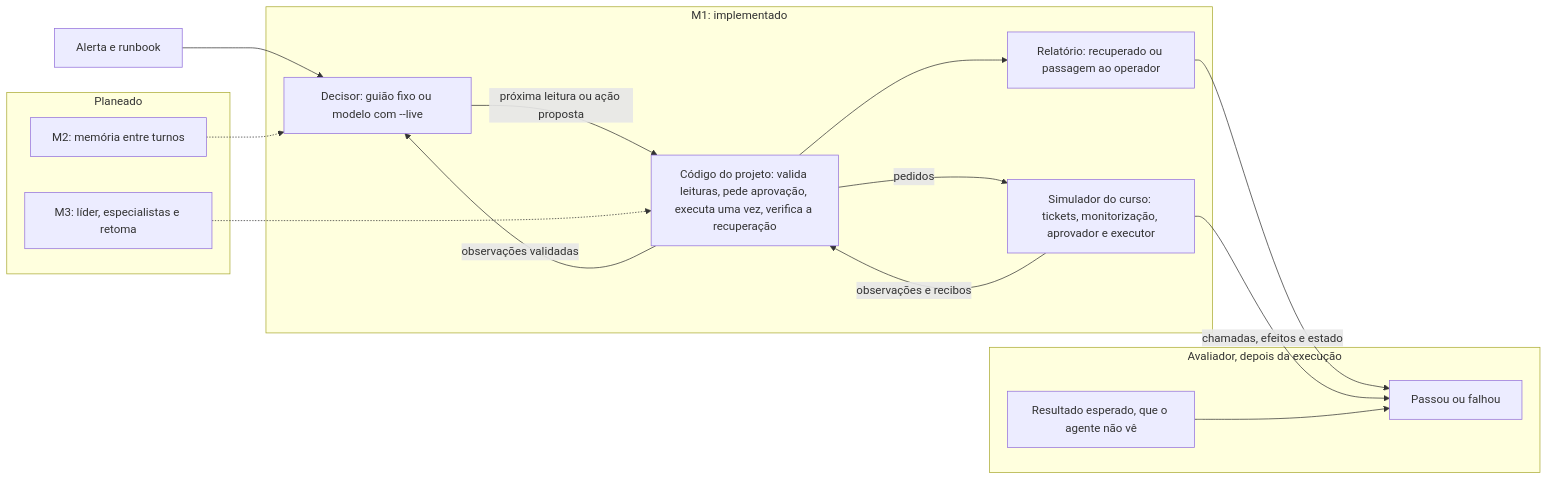
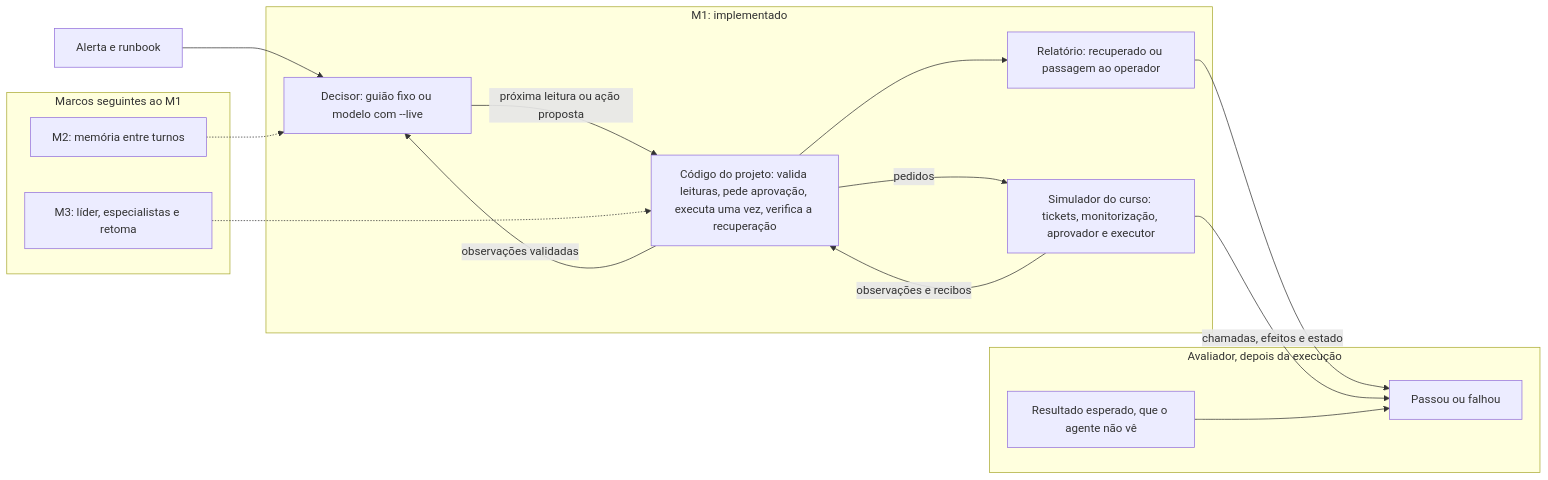
Before and after one commit to jpboliv/meridian-project: the diagram in projects/course-02-agentic-ai/docs/relatorio.md, drawn with Mermaid. The commit also changed other lines of this file and 7 other files, not shown here.

````diff
--- a/projects/course-02-agentic-ai/docs/relatorio.md
+++ b/projects/course-02-agentic-ai/docs/relatorio.md
@@ -34,29 +35,29 @@
 ```mermaid
 flowchart LR
   alerta["Alerta e runbook"]
   subgraph M1["M1: implementado"]
     decisor["Decisor: guião fixo ou modelo com --live"]
     codigo["Código do projeto: valida leituras, pede aprovação, executa uma vez, verifica a recuperação"]
     sim["Simulador do curso: tickets, monitorização, aprovador e executor"]
     relatorio["Relatório: recuperado ou passagem ao operador"]
   end
   subgraph AVAL["Avaliador, depois da execução"]
     esperado["Resultado esperado, que o agente não vê"]
     veredito["Passou ou falhou"]
   end
-  subgraph FUT["Planeado"]
+  subgraph FUT["Marcos seguintes ao M1"]
     m2["M2: memória entre turnos"]
     m3["M3: líder, especialistas e retoma"]
   end
   alerta --> decisor
   decisor -- "próxima leitura ou ação proposta" --> codigo
   codigo -- "pedidos" --> sim
   sim -- "observações e recibos" --> codigo
   codigo -- "observações validadas" --> decisor
   codigo --> relatorio
   relatorio --> veredito
   sim -- "chamadas, efeitos e estado" --> veredito
   esperado --> veredito
   m2 -.-> decisor
   m3 -.-> codigo
 ```
````
